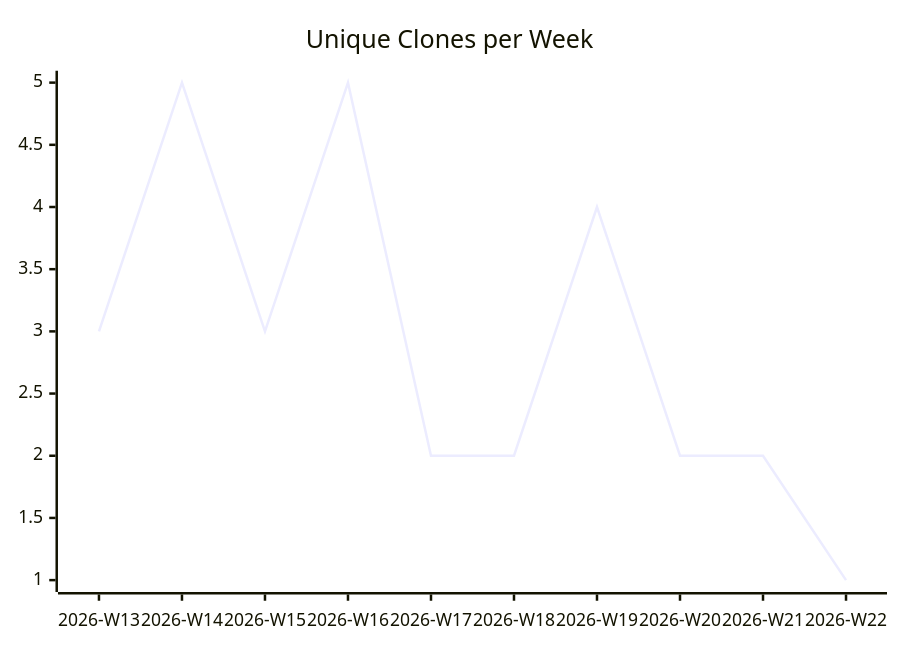
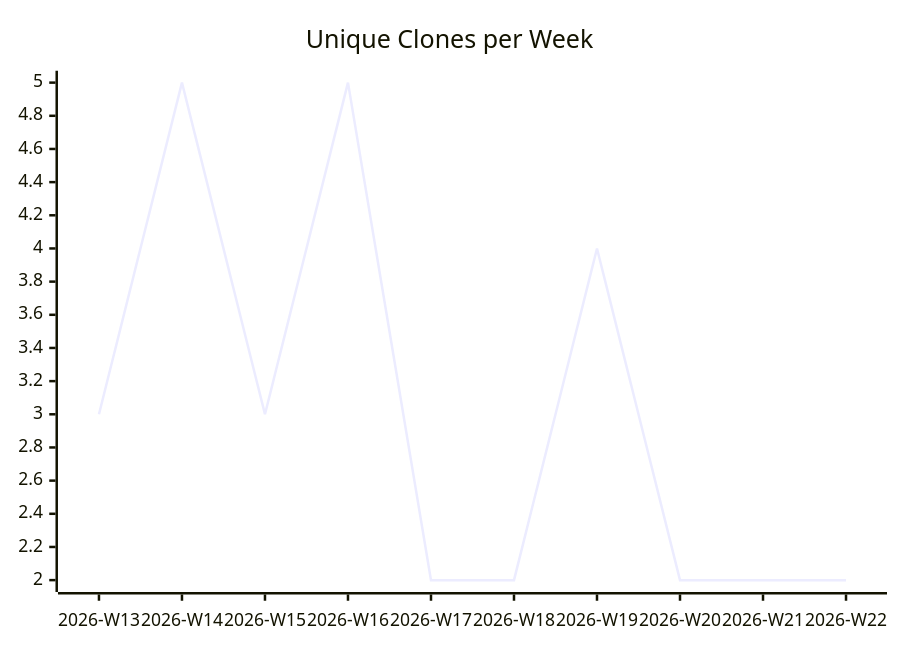
The third of 3 diagrams in karlmdavis/ansible-role-bind-dns/README.md (justdavis-family/github-analytics-data), drawn with Mermaid before and after one commit. The commit also changed other lines of this file and 189 other files, not shown here.

````diff
--- a/karlmdavis/ansible-role-bind-dns/README.md
+++ b/karlmdavis/ansible-role-bind-dns/README.md
@@ -19,6 +19,6 @@
 ```mermaid
 xychart-beta
   title "Unique Clones per Week"
   x-axis ["2026-W13", "2026-W14", "2026-W15", "2026-W16", "2026-W17", "2026-W18", "2026-W19", "2026-W20", "2026-W21", "2026-W22"]
-  line [3, 5, 3, 5, 2, 2, 4, 2, 2, 1]
+  line [3, 5, 3, 5, 2, 2, 4, 2, 2, 2]
 ```
````
